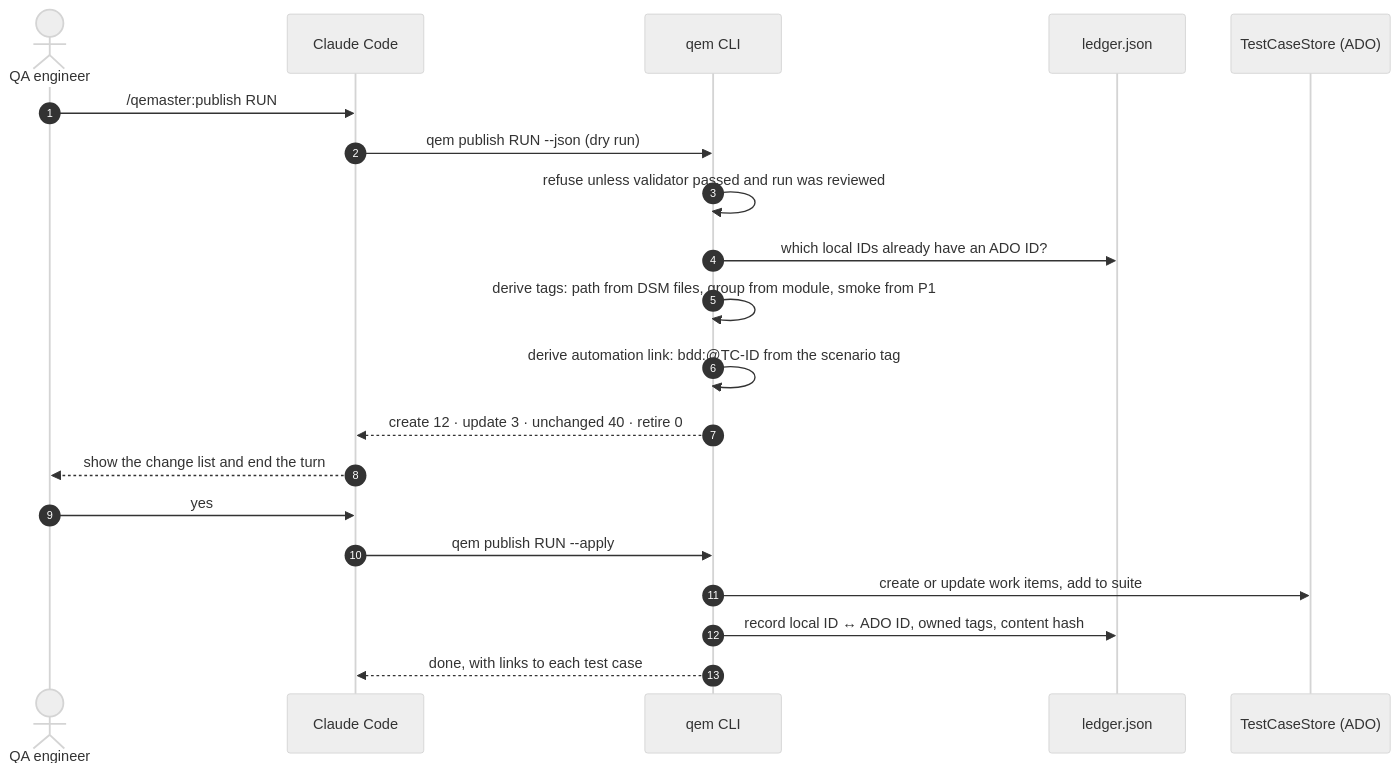
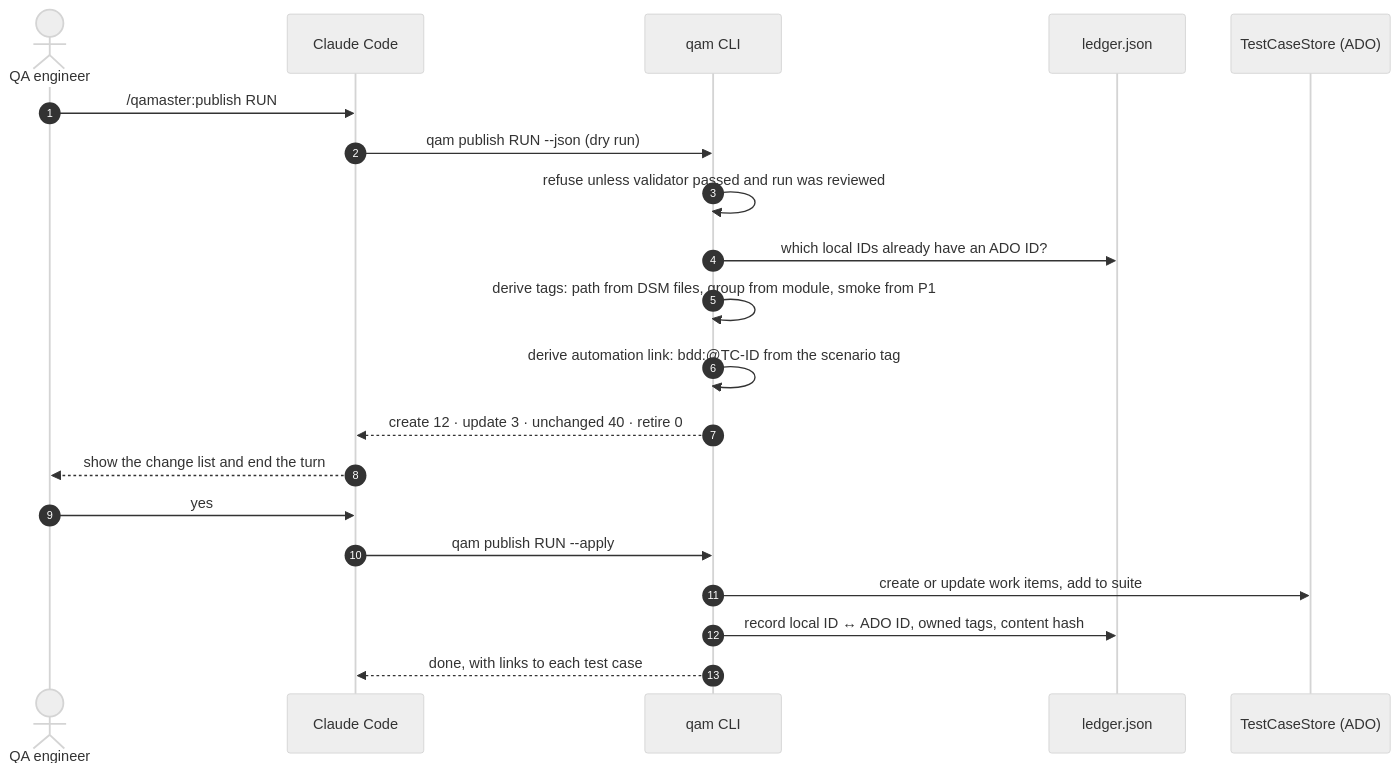
One commit to Galent-engineering/QAMaster changed the fifth of 5 diagrams in docs/architecture.md. Above: the diagram before and after it, drawn with Mermaid (neutral theme). The commit also changed other lines of this file and 19 other files, not shown here.

````diff
--- a/docs/architecture.md
+++ b/docs/architecture.md
@@ -224,23 +224,23 @@
 ```mermaid
 sequenceDiagram
     autonumber
     actor QA as QA engineer
     participant CC as Claude Code
-    participant Q as qem CLI
+    participant Q as qam CLI
     participant L as ledger.json
     participant T as TestCaseStore (ADO)
 
-    QA->>CC: /qemaster:publish RUN
-    CC->>Q: qem publish RUN --json (dry run)
+    QA->>CC: /qamaster:publish RUN
+    CC->>Q: qam publish RUN --json (dry run)
     Q->>Q: refuse unless validator passed and run was reviewed
     Q->>L: which local IDs already have an ADO ID?
     Q->>Q: derive tags: path from DSM files, group from module, smoke from P1
     Q->>Q: derive automation link: bdd:@TC-ID from the scenario tag
     Q-->>CC: create 12 · update 3 · unchanged 40 · retire 0
     CC-->>QA: show the change list and end the turn
     QA->>CC: yes
-    CC->>Q: qem publish RUN --apply
+    CC->>Q: qam publish RUN --apply
     Q->>T: create or update work items, add to suite
     Q->>L: record local ID ↔ ADO ID, owned tags, content hash
     Q-->>CC: done, with links to each test case
 ```
````
